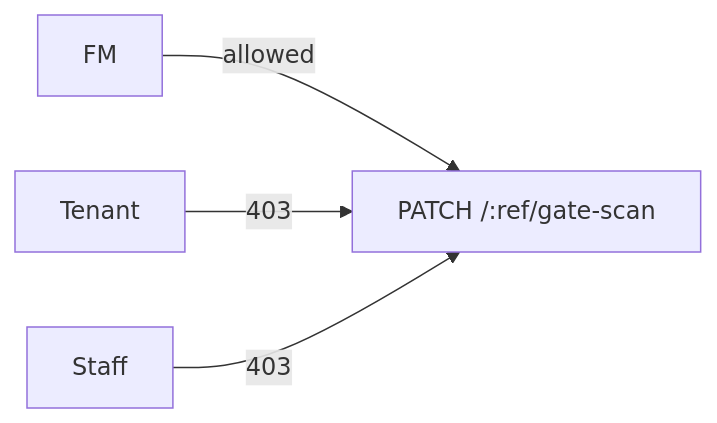
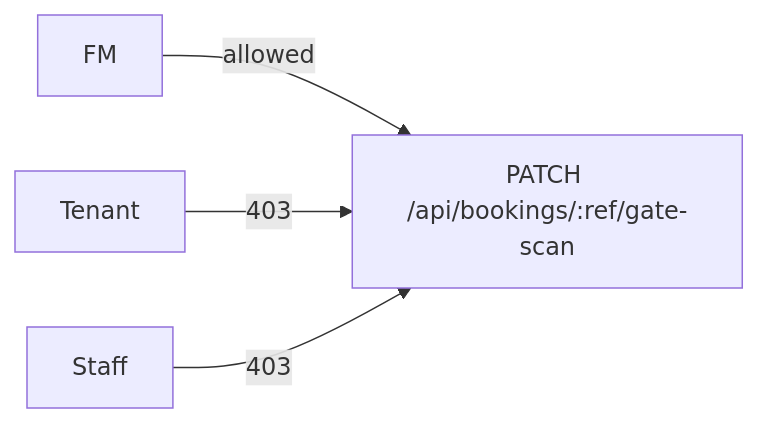
The second of 2 diagrams in design/md/logistics-flow.md (keatkean/FlowGuard), drawn with Mermaid before and after one commit. The commit also changed other lines of this file and 43 other files, not shown here.

Commit message:
docs: align public site and project evidence with FlowGuard PoC

````diff
--- a/design/md/logistics-flow.md
+++ b/design/md/logistics-flow.md
@@ -29,6 +31,6 @@
 ```mermaid
 flowchart LR
-  FM2[FM] -->|allowed| GS[PATCH /:ref/gate-scan]
-  TEN2[Tenant] -->|403| GS
-  STF2[Staff] -->|403| GS
+  FM[FM] -->|allowed| GS[PATCH /api/bookings/:ref/gate-scan]
+  TEN[Tenant] -->|403| GS
+  STF[Staff] -->|403| GS
 ```
````
